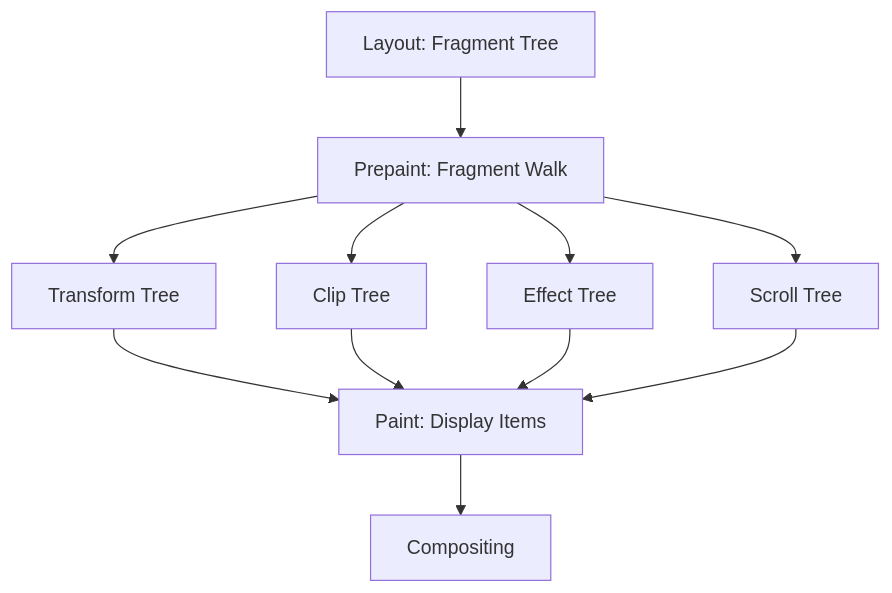
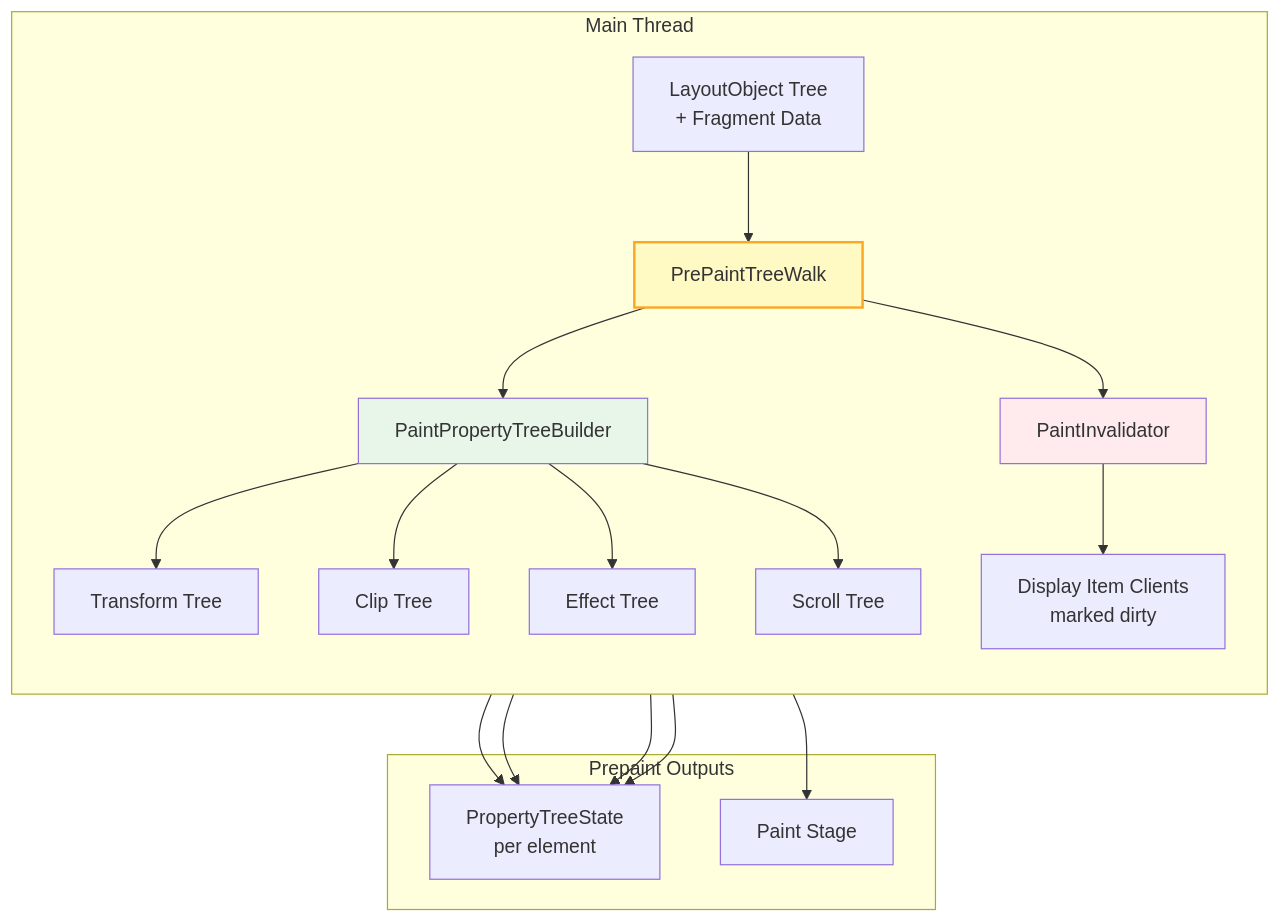
One commit to sujeet-pro/legacy-personal-site changed the diagram in v4/content/articles/browser-runtime-internals/critical-rendering-path/crp-prepaint/README.md. Above: the diagram before and after it, drawn with Mermaid. The commit also changed other lines of this file and 115 other files, not shown here.

````diff
--- a/v4/content/articles/browser-runtime-internals/critical-rendering-path/crp-prepaint/README.md
+++ b/v4/content/articles/browser-runtime-internals/critical-rendering-path/crp-prepaint/README.md
@@ -7,10 +7,23 @@
 ```mermaid
-graph TD
-    LT[Layout: Fragment Tree] --> PP[Prepaint: Fragment Walk]
-    PP --> TT[Transform Tree]
-    PP --> CT[Clip Tree]
-    PP --> ET[Effect Tree]
-    PP --> ST[Scroll Tree]
-    TT & CT & ET & ST --> PT[Paint: Display Items]
-    PT --> CP[Compositing]
+flowchart TD
+    subgraph MainThread["Main Thread"]
+        direction TB
+        LO[LayoutObject Tree<br/>+ Fragment Data] --> PPW[PrePaintTreeWalk]
+        PPW --> PTB[PaintPropertyTreeBuilder]
+        PPW --> PI[PaintInvalidator]
+        PTB --> TT[Transform Tree]
+        PTB --> CT[Clip Tree]
+        PTB --> ET[Effect Tree]
+        PTB --> ST[Scroll Tree]
+        PI --> DIC[Display Item Clients<br/>marked dirty]
+    end
+
+    subgraph Output["Prepaint Outputs"]
+        TT & CT & ET & ST --> PTS[PropertyTreeState<br/>per element]
+        DIC --> Paint[Paint Stage]
+    end
+
+    style PPW fill:#fff9c4,stroke:#f9a825,stroke-width:2px
+    style PTB fill:#e8f5e9
+    style PI fill:#ffebee
 ```
````
